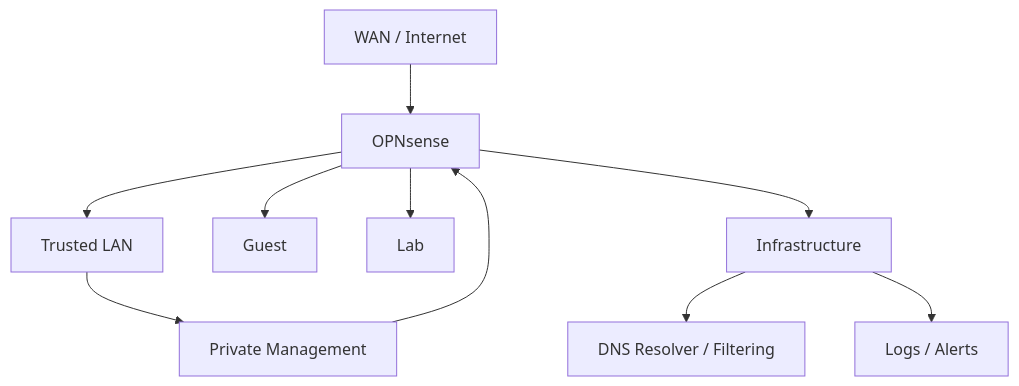
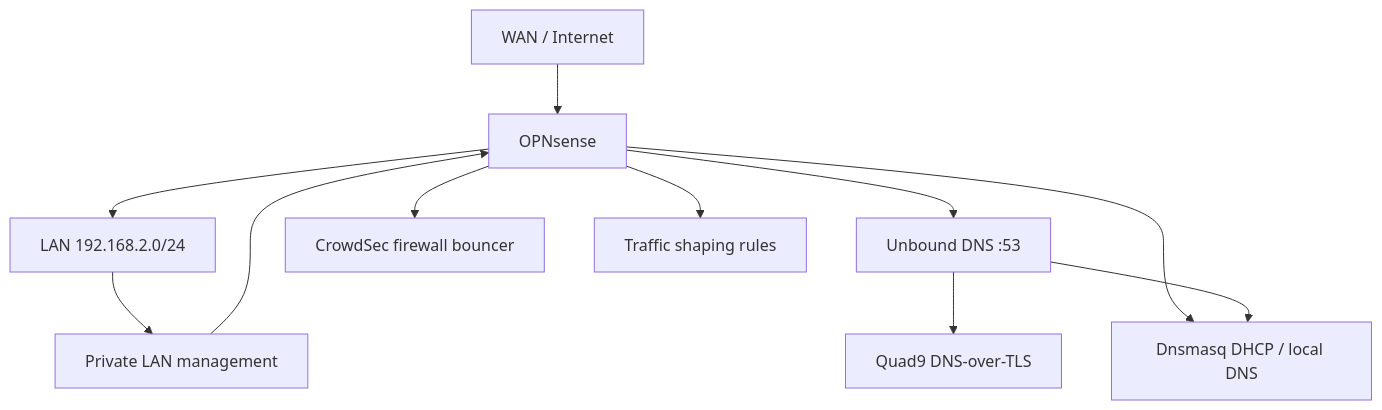
The diagram in docs/architecture.md (srkyn/home-network-security), drawn with Mermaid before and after one commit. The commit also changed other lines of this file and 3 other files, not shown here.

````diff
--- a/docs/architecture.md
+++ b/docs/architecture.md
@@ -26,12 +29,13 @@
 ```mermaid
 flowchart TD
     WAN["WAN / Internet"] --> FW["OPNsense"]
-    FW --> LAN["Trusted LAN"]
-    FW --> GUEST["Guest"]
-    FW --> LAB["Lab"]
-    FW --> INFRA["Infrastructure"]
-    INFRA --> DNS["DNS Resolver / Filtering"]
-    INFRA --> LOGS["Logs / Alerts"]
-    LAN --> MGMT["Private Management"]
+    FW --> LAN["LAN 192.168.2.0/24"]
+    FW --> UNBOUND["Unbound DNS :53"]
+    FW --> DNSMASQ["Dnsmasq DHCP / local DNS"]
+    FW --> CROWDSEC["CrowdSec firewall bouncer"]
+    FW --> SHAPER["Traffic shaping rules"]
+    UNBOUND --> QUAD9["Quad9 DNS-over-TLS"]
+    UNBOUND --> DNSMASQ
+    LAN --> MGMT["Private LAN management"]
     MGMT --> FW
 ```
````
